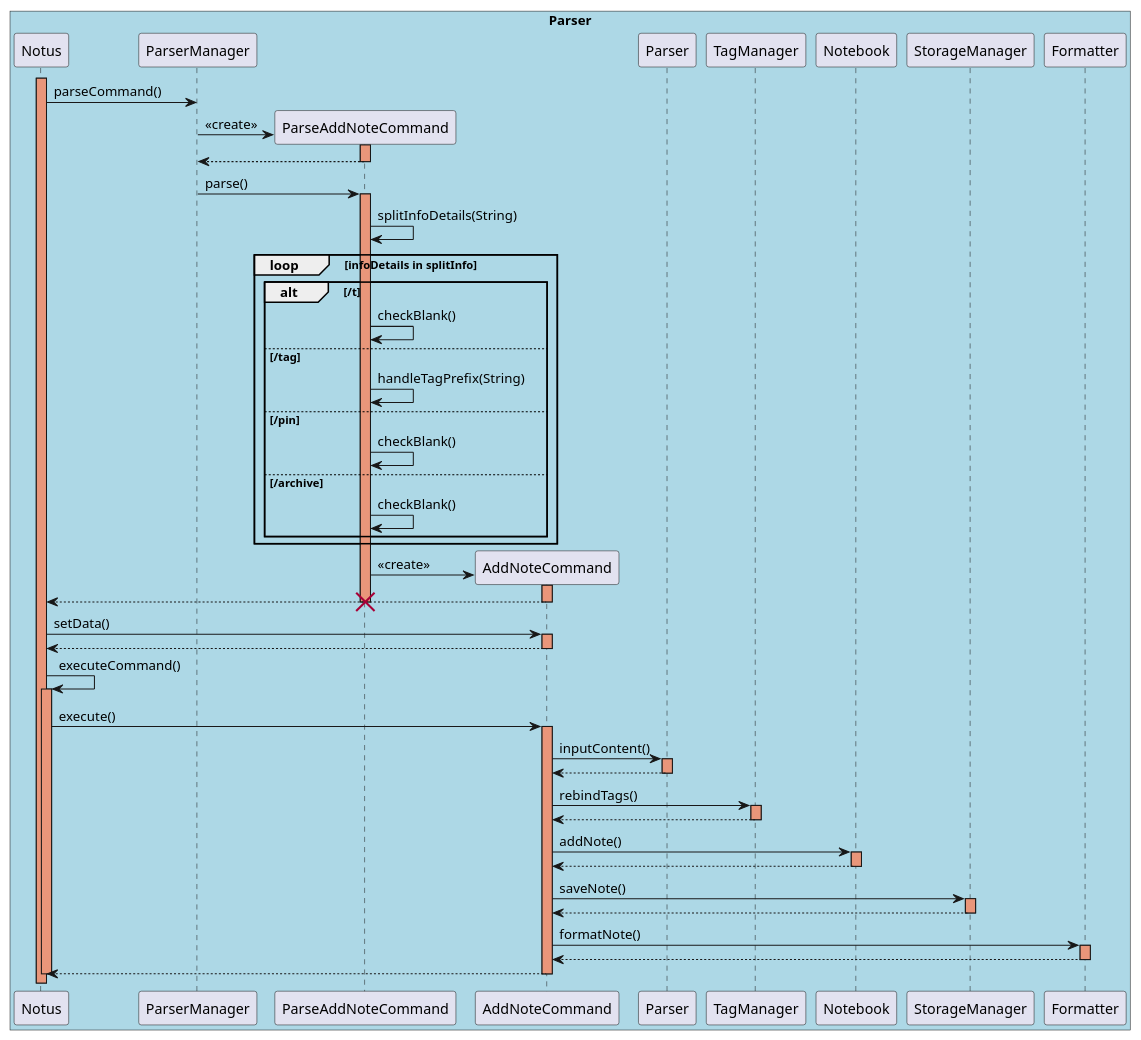
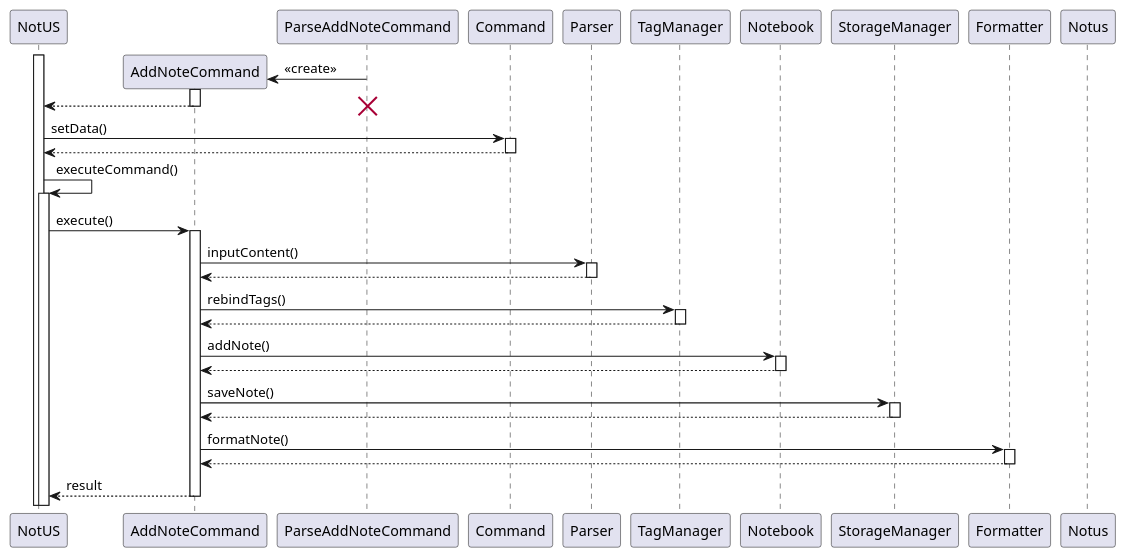
Before and after one commit to nus-cs2113-AY2021S1/tp: the diagram in docs/diagrams/AddNote_Sequence.puml, drawn with PlantUML. The commit also changed 4 other files, not shown here.

Commit message:
Update *UG commands *UG notebook diagram and overloaded functions *Addnote sequence clean up *Pincommand NotUS position

```diff
--- a/docs/diagrams/AddNote_Sequence.puml
+++ b/docs/diagrams/AddNote_Sequence.puml
@@ -1,86 +1,58 @@
 @startuml
-box "Parser" #LightBlue
 
-activate Notus #DarkSalmon
-Notus -> ParserManager: parseCommand()
-
-create ParseAddNoteCommand
-ParserManager -> ParseAddNoteCommand: <<create>>
-
-activate ParseAddNoteCommand #DarkSalmon
-ParseAddNoteCommand --> ParserManager
-deactivate ParseAddNoteCommand
-
-ParserManager -> ParseAddNoteCommand: parse()
-activate ParseAddNoteCommand #DarkSalmon
-ParseAddNoteCommand -> ParseAddNoteCommand: splitInfoDetails(String)
-
-loop infoDetails in splitInfo
-
-alt /t
-ParseAddNoteCommand -> ParseAddNoteCommand: checkBlank()
-
-else /tag
-ParseAddNoteCommand -> ParseAddNoteCommand: handleTagPrefix(String)
-
-else /pin
-ParseAddNoteCommand -> ParseAddNoteCommand: checkBlank()
-
-else /archive
-ParseAddNoteCommand -> ParseAddNoteCommand: checkBlank()
-
-end
-end
+activate NotUS
 
 create AddNoteCommand
+
 ParseAddNoteCommand -> AddNoteCommand: <<create>>
 
-activate AddNoteCommand #DarkSalmon
-AddNoteCommand --> Notus
+activate AddNoteCommand
+AddNoteCommand --> NotUS
 deactivate AddNoteCommand
 
 deactivate ParseAddNoteCommand
 
 destroy ParseAddNoteCommand
 
-Notus -> AddNoteCommand: setData()
+NotUS -> Command: setData()
 
-activate AddNoteCommand #DarkSalmon
-AddNoteCommand --> Notus
-deactivate AddNoteCommand
+activate Command
+Command --> NotUS
+deactivate Command
 
-Notus -> Notus: executeCommand()
-activate Notus #DarkSalmon
-Notus -> AddNoteCommand: execute()
+NotUS -> NotUS: executeCommand()
+activate NotUS
+NotUS -> AddNoteCommand: execute()
 
-activate AddNoteCommand #DarkSalmon
+activate AddNoteCommand
 AddNoteCommand -> Parser: inputContent()
-activate Parser #DarkSalmon
+activate Parser
 return
+
 deactivate Parser
 AddNoteCommand -> TagManager: rebindTags()
-activate TagManager #DarkSalmon
+activate TagManager
 return
 deactivate TagManager
 
 AddNoteCommand -> Notebook: addNote()
-activate Notebook #DarkSalmon
+activate Notebook
 return
 deactivate Notebook
 
 AddNoteCommand -> StorageManager: saveNote()
-activate StorageManager #DarkSalmon
+activate StorageManager
 return
 deactivate StorageManager
 
 AddNoteCommand -> Formatter: formatNote()
-activate Formatter #DarkSalmon
+activate Formatter
 return
 deactivate Formatter
 
-AddNoteCommand --> Notus
+AddNoteCommand --> NotUS: result
 deactivate AddNoteCommand
 
 deactivate Notus
 
 @enduml
```
